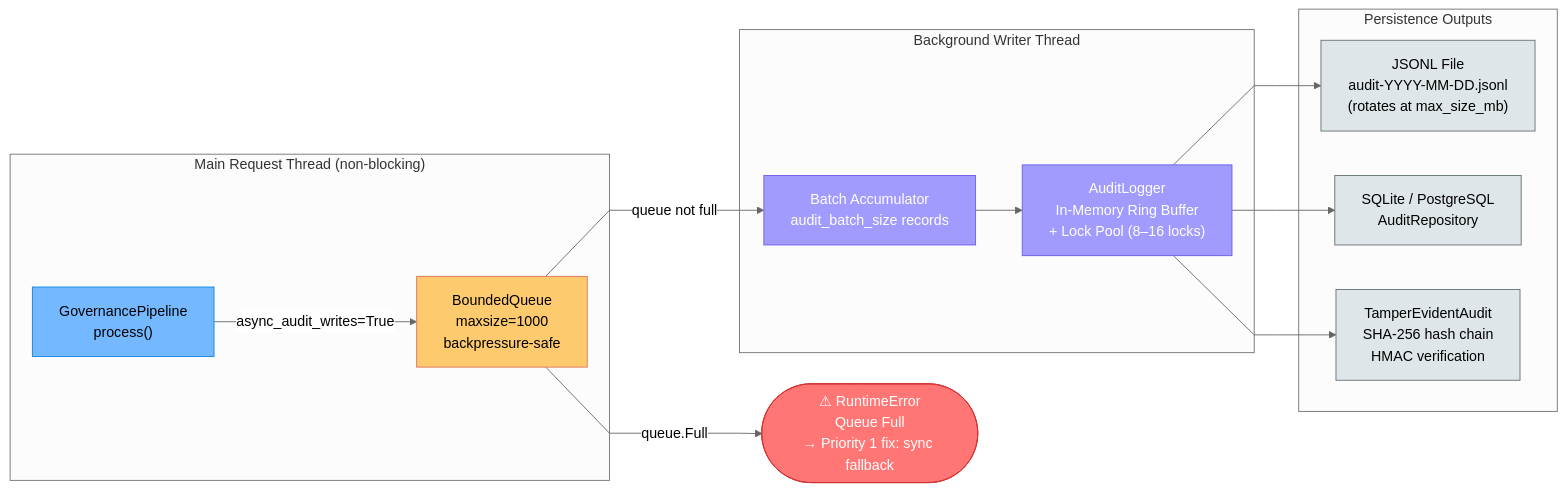
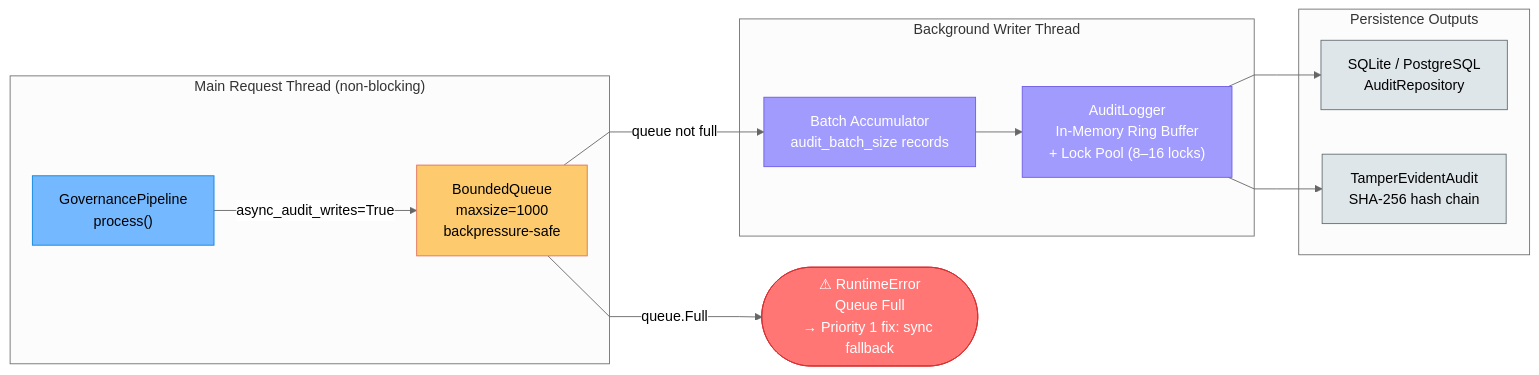
Before and after one commit to mohammedakbaransari/glassbox-agentic-governance: the eighth of 14 diagrams in docs/ARCHITECTURE.md, drawn with Mermaid. The commit also changed other lines of this file and 237 other files, not shown here.

````diff
--- a/docs/ARCHITECTURE.md
+++ b/docs/ARCHITECTURE.md
@@ -344,33 +383,32 @@
 ```mermaid
 %%{init: {'theme': 'neutral', 'flowchart': {'curve': 'linear'}, 'themeVariables': {'fontFamily': 'Arial'}}}%%
 flowchart LR
     classDef pipeline fill:#74b9ff,stroke:#0984e3,color:#000
     classDef queue    fill:#fdcb6e,stroke:#e17055,color:#000
     classDef writer   fill:#a29bfe,stroke:#6c5ce7,color:#fff
     classDef storage  fill:#dfe6e9,stroke:#636e72,color:#000
     classDef alert    fill:#ff7675,stroke:#d63031,color:#fff
 
     subgraph MAIN["Main Request Thread (non-blocking)"]
         GP["GovernancePipeline\nprocess()"]:::pipeline
         BQ["BoundedQueue\nmaxsize=1000\nbackpressure-safe"]:::queue
     end
 
     subgraph ASYNC["Background Writer Thread"]
         BA["Batch Accumulator\naudit_batch_size records"]:::writer
         RING["AuditLogger\nIn-Memory Ring Buffer\n+ Lock Pool (8–16 locks)"]:::writer
     end
 
     subgraph PERSIST["Persistence Outputs"]
-        JSONL["JSONL File\naudit-YYYY-MM-DD.jsonl\n(rotates at max_size_mb)"]:::storage
         DB["SQLite / PostgreSQL\nAuditRepository"]:::storage
-        TA["TamperEvidentAudit\nSHA-256 hash chain\nHMAC verification"]:::storage
+        TA["TamperEvidentAudit\nSHA-256 hash chain"]:::storage
     end
 
     FULL(["⚠ RuntimeError\nQueue Full\n→ Priority 1 fix: sync fallback"]):::alert
 
     GP -->|"async_audit_writes=True"| BQ
     BQ -->|"queue not full"| BA
     BQ -->|"queue.Full"| FULL
     BA --> RING
-    RING --> JSONL & DB & TA
+    RING --> DB & TA
 ```
````
